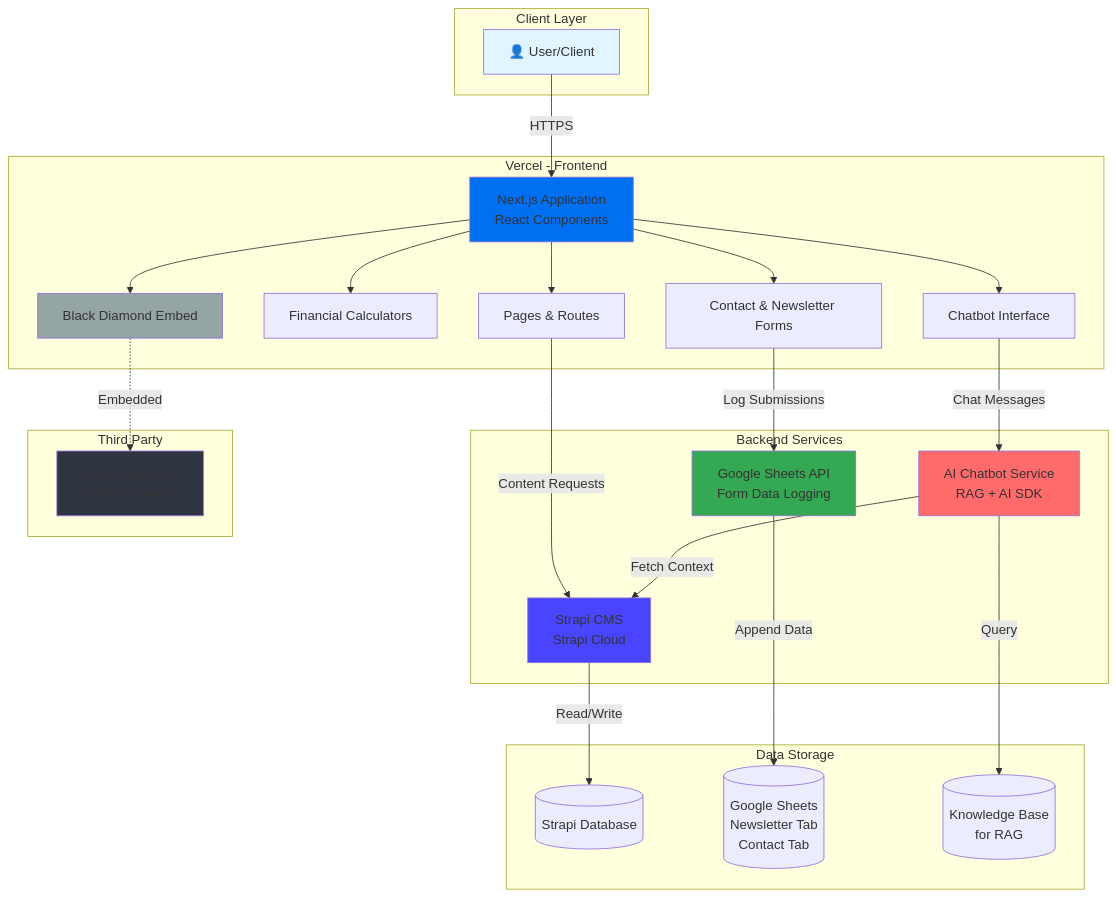
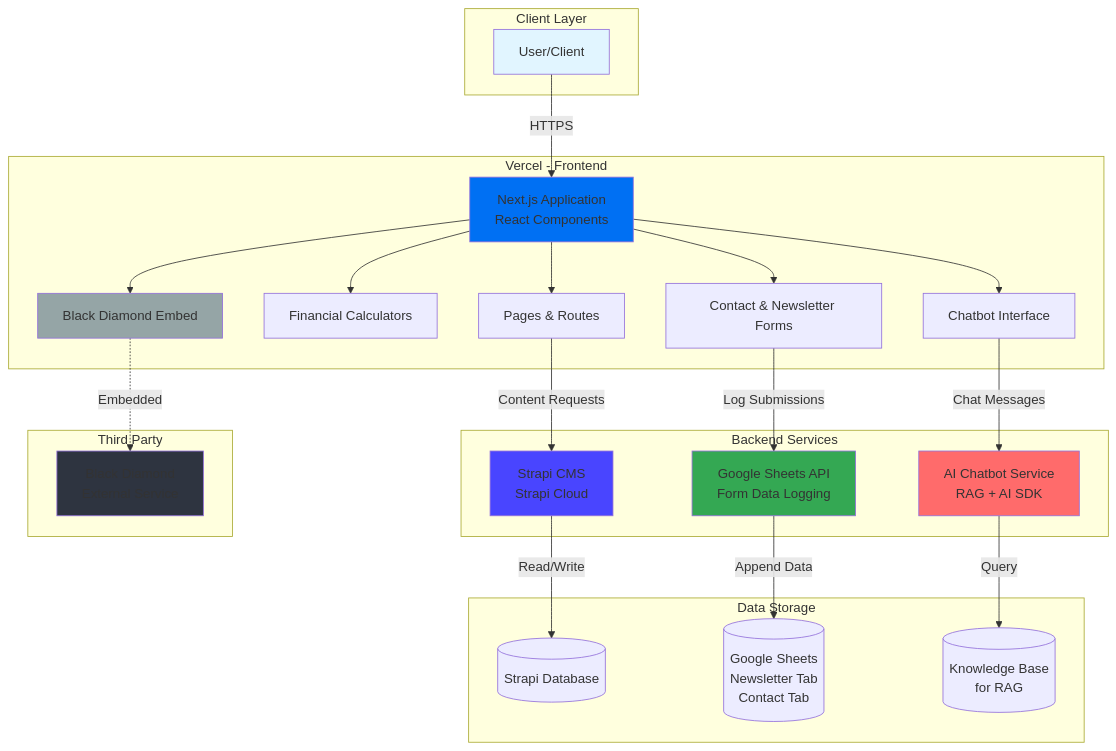
Before and after one commit to khoacao2k4/Atlatl: the diagram in README.md, drawn with Mermaid. The commit also changed other lines of this file, not shown here.

````diff
--- a/README.md
+++ b/README.md
@@ -282,56 +96,55 @@
 ```mermaid
 graph TB
     subgraph "Client Layer"
-        User[👤 User/Client]
+        User[User/Client]
     end
     
     subgraph "Vercel - Frontend"
         NextJS[Next.js Application<br/>React Components]
         Pages[Pages & Routes]
         Calculators[Financial Calculators]
         Forms[Contact & Newsletter Forms]
         ChatUI[Chatbot Interface]
         BDEmbed[Black Diamond Embed]
     end
     
     subgraph "Backend Services"
         Strapi[Strapi CMS<br/>Strapi Cloud]
         GoogleSheets[Google Sheets API<br/>Form Data Logging]
         AIRAG[AI Chatbot Service<br/>RAG + AI SDK]
     end
     
     subgraph "Third Party"
         BlackDiamond[Black Diamond<br/>External Service]
     end
     
     subgraph "Data Storage"
         StrapiDB[(Strapi Database)]
         Sheets[(Google Sheets<br/>Newsletter Tab<br/>Contact Tab)]
         Knowledge[(Knowledge Base<br/>for RAG)]
     end
     
     User -->|HTTPS| NextJS
     NextJS --> Pages
     NextJS --> Calculators
     NextJS --> Forms
     NextJS --> ChatUI
     NextJS --> BDEmbed
     
     Pages -->|Content Requests| Strapi
     Forms -->|Log Submissions| GoogleSheets
     ChatUI -->|Chat Messages| AIRAG
     BDEmbed -.->|Embedded| BlackDiamond
     
     Strapi -->|Read/Write| StrapiDB
     GoogleSheets -->|Append Data| Sheets
     AIRAG -->|Query| Knowledge
-    AIRAG -->|Fetch Context| Strapi
     
     style User fill:#e1f5ff
     style NextJS fill:#0070f3
     style Strapi fill:#4945ff
     style BlackDiamond fill:#2e3440
     style GoogleSheets fill:#34a853
     style AIRAG fill:#ff6b6b
     style BDEmbed fill:#95a5a6
 ```
````
